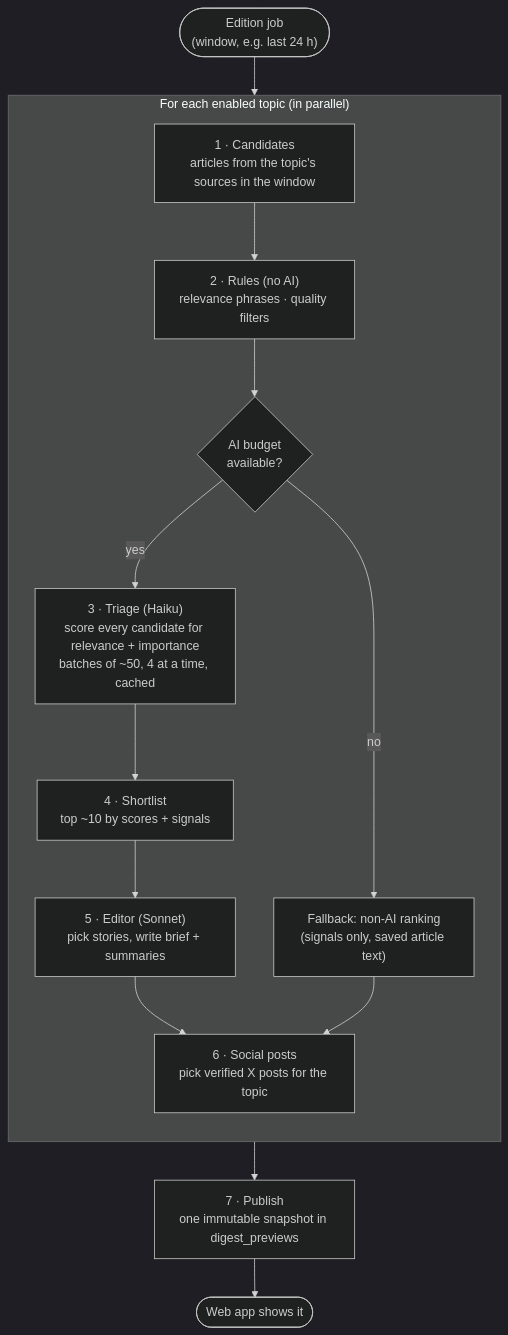
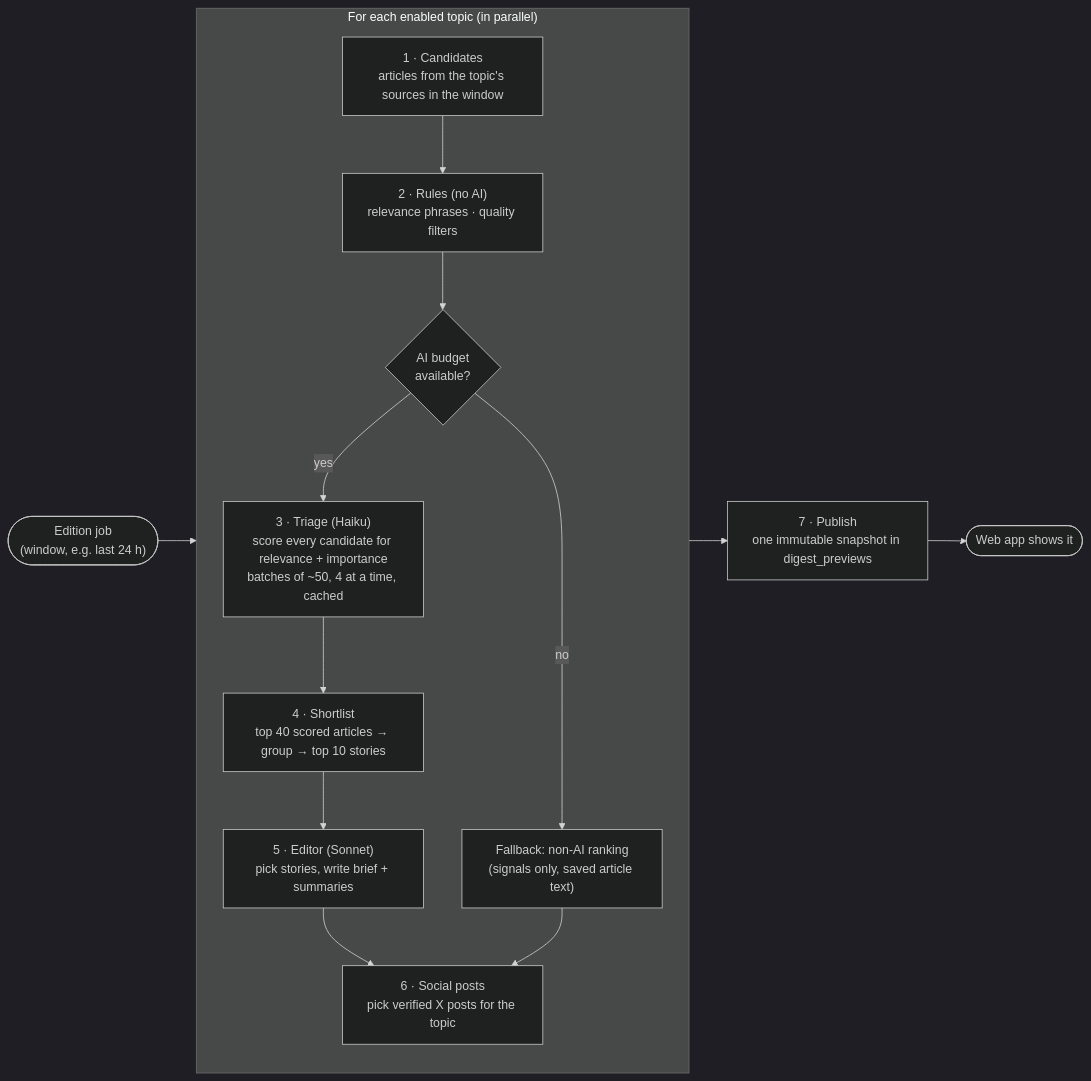
The diagram in docs/handbook/01-app/04-edition-pipeline.md (EmmadUsmani/news-digest), drawn with Mermaid (dark theme) before and after one commit. The commit also changed other lines of this file and 12 other files, not shown here.

Commit message:
Group forty scored articles before selecting ten editor stories

````diff
--- a/docs/handbook/01-app/04-edition-pipeline.md
+++ b/docs/handbook/01-app/04-edition-pipeline.md
@@ -7,20 +7,20 @@
 ```mermaid
-flowchart TB
+flowchart LR
   start(["Edition job<br/>(window, e.g. last 24 h)"]) --> per
   subgraph per["For each enabled topic (in parallel)"]
     direction TB
     c["1 · Candidates<br/>articles from the topic's sources in the window"]
     r["2 · Rules (no AI)<br/>relevance phrases · quality filters"]
     t{"AI budget<br/>available?"}
     tri["3 · Triage (Haiku)<br/>score every candidate for relevance + importance<br/>batches of ~50, 4 at a time, cached"]
-    sl["4 · Shortlist<br/>top ~10 by scores + signals"]
+    sl["4 · Shortlist<br/>top 40 scored articles → group → top 10 stories"]
     ed["5 · Editor (Sonnet)<br/>pick stories, write brief + summaries"]
     so["6 · Social posts<br/>pick verified X posts for the topic"]
     fb["Fallback: non-AI ranking<br/>(signals only, saved article text)"]
     c --> r --> t
     t -- yes --> tri --> sl --> ed --> so
     t -- no --> fb --> so
   end
   per --> pub["7 · Publish<br/>one immutable snapshot in digest_previews"]
   pub --> ui(["Web app shows it"])
 ```
````
